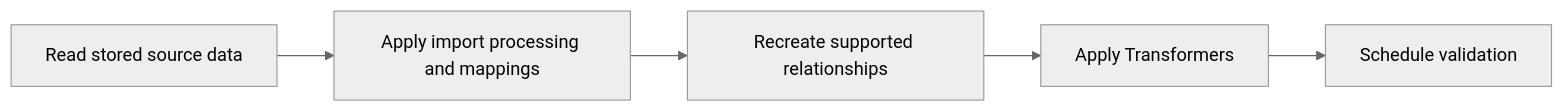
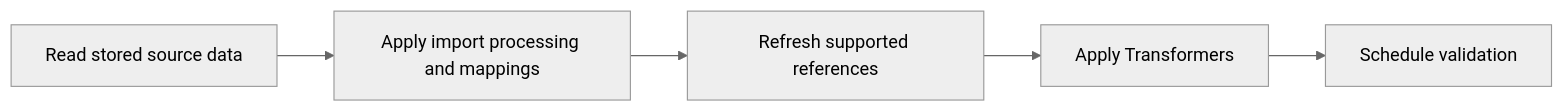
One commit to unicef/hope-country-workspace changed the diagram in docs/src/data_import/batches.md. Above: the diagram before and after it, drawn with Mermaid (neutral theme). The commit also changed other lines of this file and 9 other files, not shown here.

````diff
--- a/docs/src/data_import/batches.md
+++ b/docs/src/data_import/batches.md
@@ -62,8 +64,8 @@
 ```mermaid
 flowchart LR
     A[Read stored source data]
         --> B[Apply import processing and mappings]
-        --> C[Recreate supported relationships]
+        --> C[Refresh supported references]
         --> D[Apply Transformers]
         --> E[Schedule validation]
 ```
````
